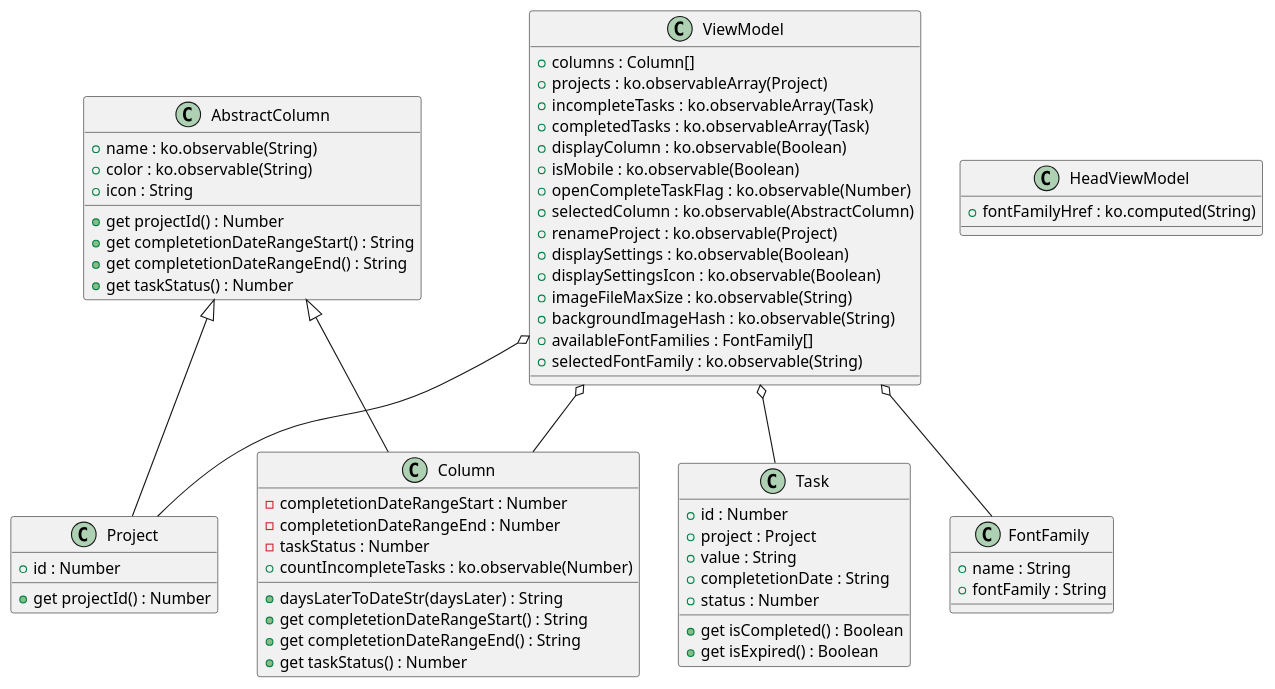
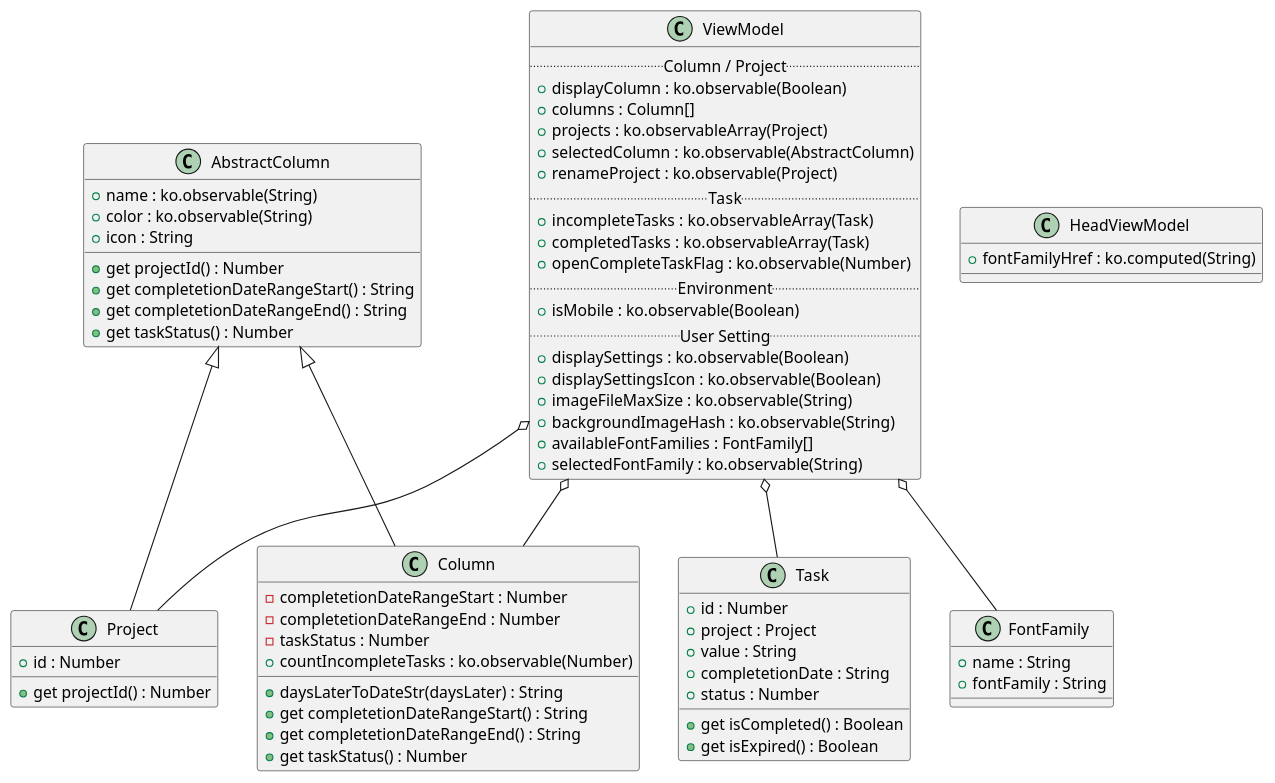
One commit to gtgjpj/todoApp changed the diagram in todo/class.puml. Above: the diagram before and after it, drawn with PlantUML.

Commit message:
クラス図 ViewModeクラス フィールドグループ化

```diff
--- a/todo/class.puml
+++ b/todo/class.puml
@@ -1,71 +1,75 @@
 @startuml
 class ViewModel {
+  .. Column / Project ..
+  {field} +displayColumn : ko.observable(Boolean)
   +columns : Column[]
   {field} +projects : ko.observableArray(Project)
+  {field} +selectedColumn : ko.observable(AbstractColumn)
+  {field} +renameProject : ko.observable(Project)
+  .. Task ..
   {field} +incompleteTasks : ko.observableArray(Task)
   {field} +completedTasks : ko.observableArray(Task)
-  {field} +displayColumn : ko.observable(Boolean)
+  {field} +openCompleteTaskFlag : ko.observable(Number)
+  .. Environment ..
   {field} +isMobile : ko.observable(Boolean)
-  {field} +openCompleteTaskFlag : ko.observable(Number)
-  {field} +selectedColumn : ko.observable(AbstractColumn)
-  {field} +renameProject : ko.observable(Project)
+  .. User Setting ..
   {field} +displaySettings : ko.observable(Boolean)
   {field} +displaySettingsIcon : ko.observable(Boolean)
   {field} +imageFileMaxSize : ko.observable(String)
   {field} +backgroundImageHash : ko.observable(String)
   +availableFontFamilies : FontFamily[]
   {field} +selectedFontFamily : ko.observable(String)
 }
 
 class AbstractColumn {
   {field} +name : ko.observable(String)
   {field} +color : ko.observable(String)
   +icon : String
   +get projectId() : Number
   +get completetionDateRangeStart() : String
   +get completetionDateRangeEnd() : String
   +get taskStatus() : Number
 }
 
 class Project {
   +id : Number
   +get projectId() : Number
 }
 
 class Column {
   -completetionDateRangeStart : Number
   -completetionDateRangeEnd : Number
   -taskStatus : Number
   {field} +countIncompleteTasks : ko.observable(Number)
   +daysLaterToDateStr(daysLater) : String
   +get completetionDateRangeStart() : String
   +get completetionDateRangeEnd() : String
   +get taskStatus() : Number
 }
 
 class Task {
   +id : Number
   +project : Project
   +value : String
   +completetionDate : String
   +status : Number
   +get isCompleted() : Boolean
   +get isExpired() : Boolean
 }
 
 class HeadViewModel {
   {field} +fontFamilyHref : ko.computed(String)
 }
 
 class FontFamily {
   +name : String
   +fontFamily : String
 }
 
 AbstractColumn <|-- Column
 AbstractColumn <|-- Project
 ViewModel o-- Column
 ViewModel o-- Project
 ViewModel o-- Task
 ViewModel o-- FontFamily
 @enduml
```
